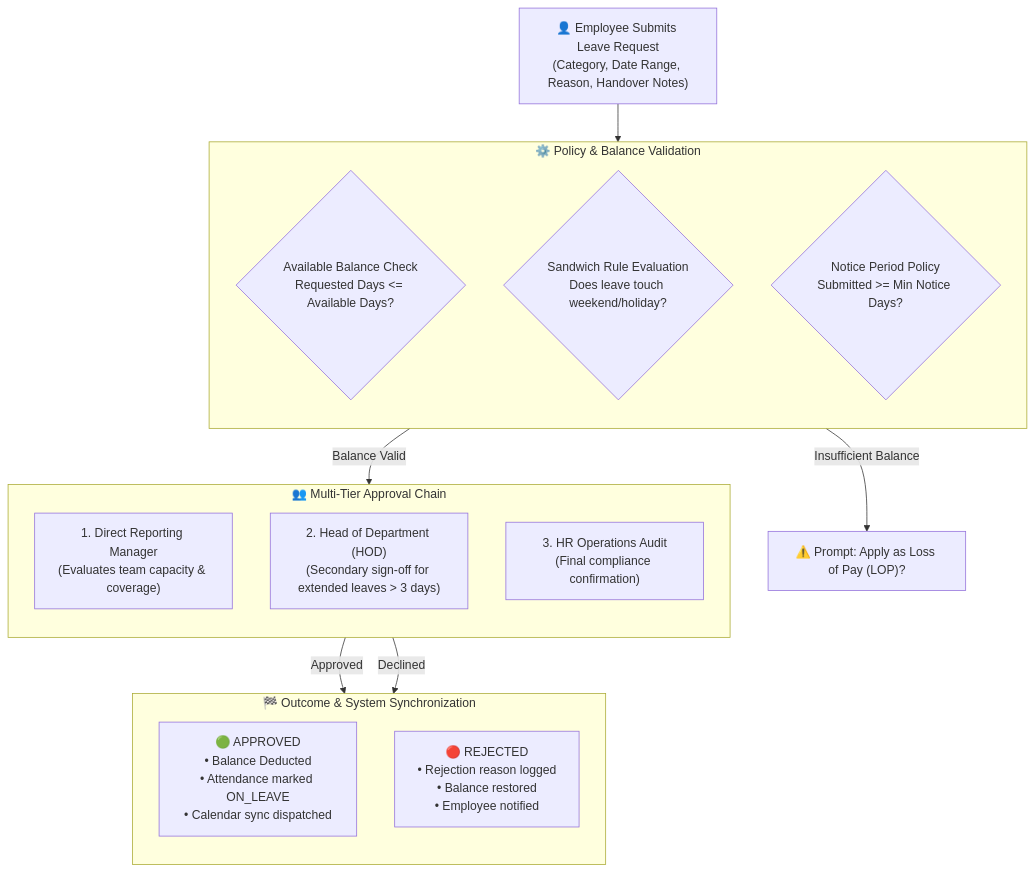
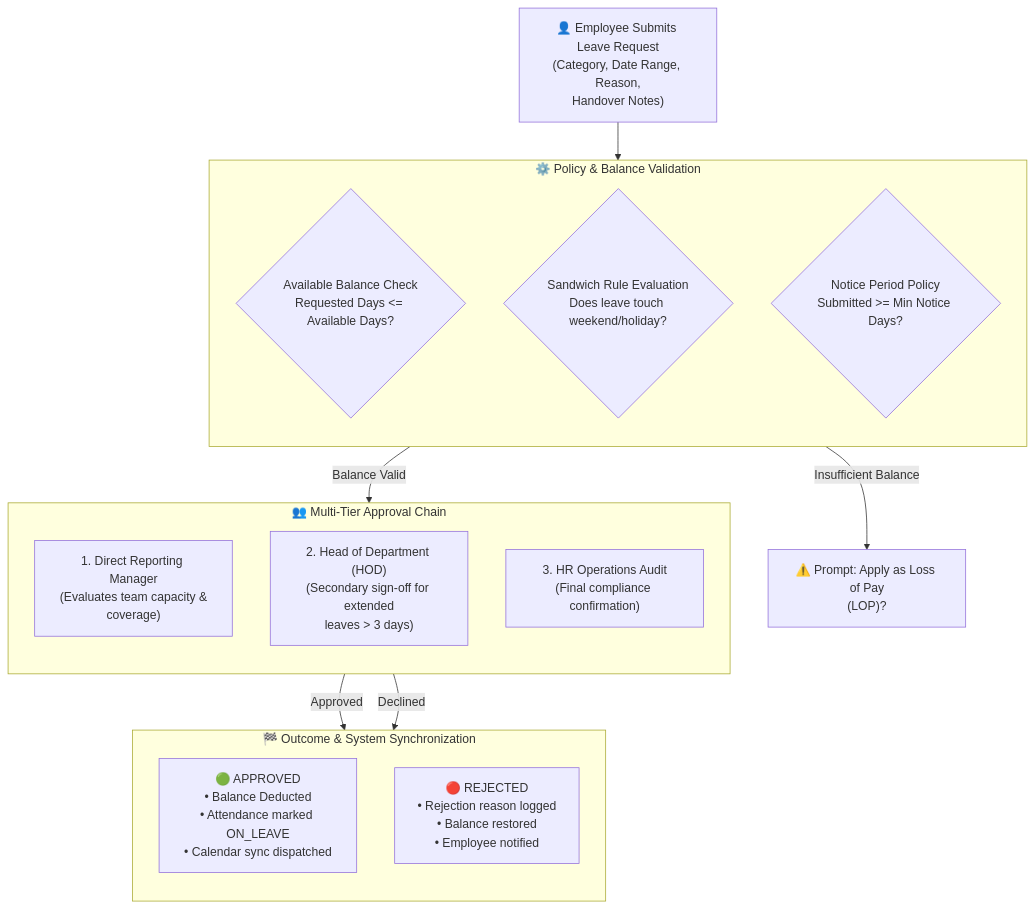
Before and after one commit to SRJ-GROUP/hubnest_user_guide: the diagram in docs/hrms/leaves.md, drawn with Mermaid. The commit also changed 161 other files, not shown here.

Commit message:
feat: complete HubMeet suite, supervisor portal docs, diagram fixes, and interactive eye-button zoom modal

````diff
--- a/docs/hrms/leaves.md
+++ b/docs/hrms/leaves.md
@@ -26,30 +26,30 @@
 ```mermaid
 graph TB
-    EmpRequest["👤 Employee Submits Leave Request<br/>(Category, Date Range, Reason, Handover Notes)"]
+    EmpRequest["👤 Employee Submits Leave Request<br/>(Category, Date Range, Reason,<br/>Handover Notes)"]
 
     subgraph BalanceEngine["⚙️ Policy & Balance Validation"]
         direction TB
         B1{"Available Balance Check<br/>Requested Days <= Available Days?"}
         B2{"Sandwich Rule Evaluation<br/>Does leave touch weekend/holiday?"}
         B3{"Notice Period Policy<br/>Submitted >= Min Notice Days?"}
     end
 
     subgraph ApprovalMatrix["👥 Multi-Tier Approval Chain"]
         direction TB
-        A1["1. Direct Reporting Manager<br/>(Evaluates team capacity & coverage)"]
-        A2["2. Head of Department (HOD)<br/>(Secondary sign-off for extended leaves > 3 days)"]
+        A1["1. Direct Reporting Manager<br/>(Evaluates team capacity &<br/>coverage)"]
+        A2["2. Head of Department (HOD)<br/>(Secondary sign-off for extended<br/>leaves > 3 days)"]
         A3["3. HR Operations Audit<br/>(Final compliance confirmation)"]
     end
 
     subgraph FinalState["🏁 Outcome & System Synchronization"]
         direction TB
         S1["🟢 APPROVED<br/>• Balance Deducted<br/>• Attendance marked ON_LEAVE<br/>• Calendar sync dispatched"]
         S2["🔴 REJECTED<br/>• Rejection reason logged<br/>• Balance restored<br/>• Employee notified"]
     end
 
     EmpRequest --> BalanceEngine
     BalanceEngine -->|Balance Valid| ApprovalMatrix
-    BalanceEngine -->|Insufficient Balance| LOPPrompt["⚠️ Prompt: Apply as Loss of Pay (LOP)?"]
+    BalanceEngine -->|Insufficient Balance| LOPPrompt["⚠️ Prompt: Apply as Loss of Pay<br/>(LOP)?"]
     ApprovalMatrix -->|Approved| S1
     ApprovalMatrix -->|Declined| S2
 ```
````
